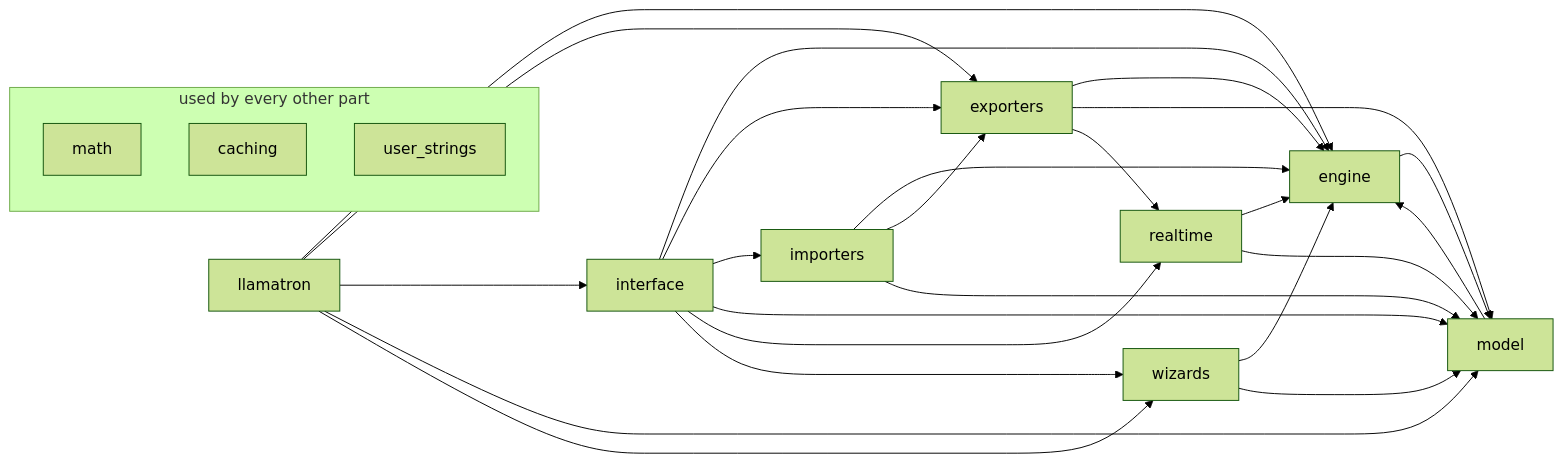
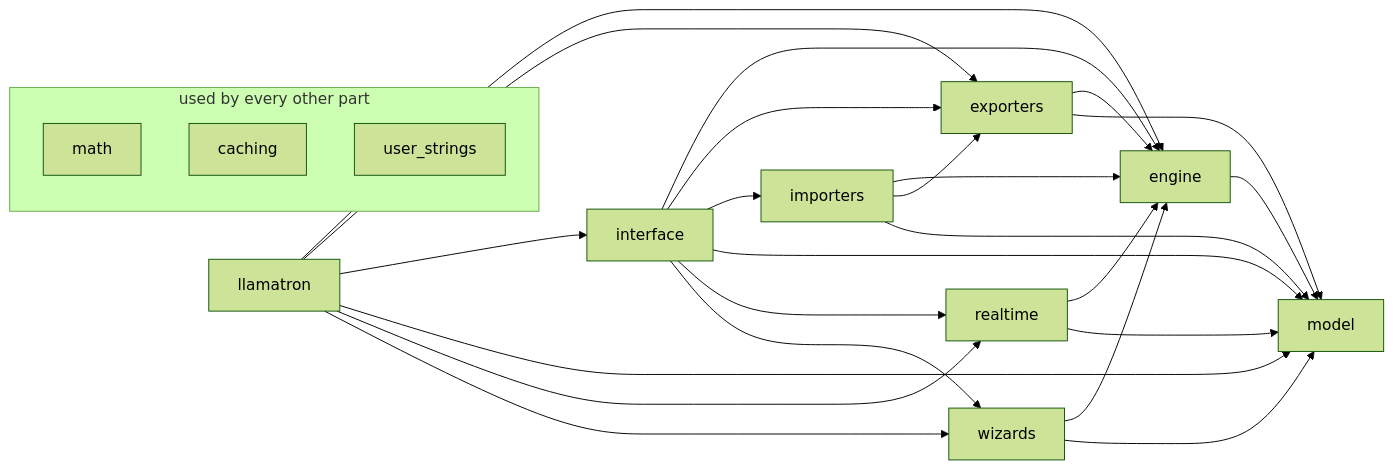
Before and after one commit to mpdehaan/llamatron: the second of 2 diagrams in docs/ARCHITECTURE.md, drawn with Mermaid (forest theme). The commit also changed 32 other files, not shown here.

````diff
--- a/docs/ARCHITECTURE.md
+++ b/docs/ARCHITECTURE.md
@@ -126,39 +126,38 @@
 ```mermaid
 flowchart LR
     interface["interface"]
     llamatron["llamatron"]
     model["model"]
     engine["engine"]
     exporters["exporters"]
     importers["importers"]
     realtime["realtime"]
     wizards["wizards"]
     subgraph everywhere ["used by every other part"]
     math["math"]
     caching["caching"]
     user_strings["user_strings"]
     end
     engine --> model
     exporters --> engine
     exporters --> model
-    exporters --> realtime
     importers --> engine
     importers --> exporters
     importers --> model
     interface --> engine
     interface --> exporters
     interface --> importers
     interface --> model
     interface --> realtime
     interface --> wizards
     llamatron --> engine
     llamatron --> exporters
     llamatron --> interface
     llamatron --> model
+    llamatron --> realtime
     llamatron --> wizards
-    model --> engine
     realtime --> engine
     realtime --> model
     wizards --> engine
     wizards --> model
 ```
````
